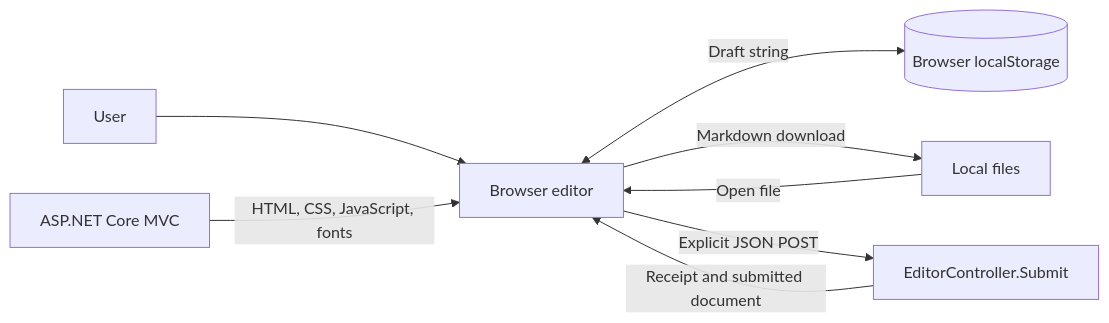
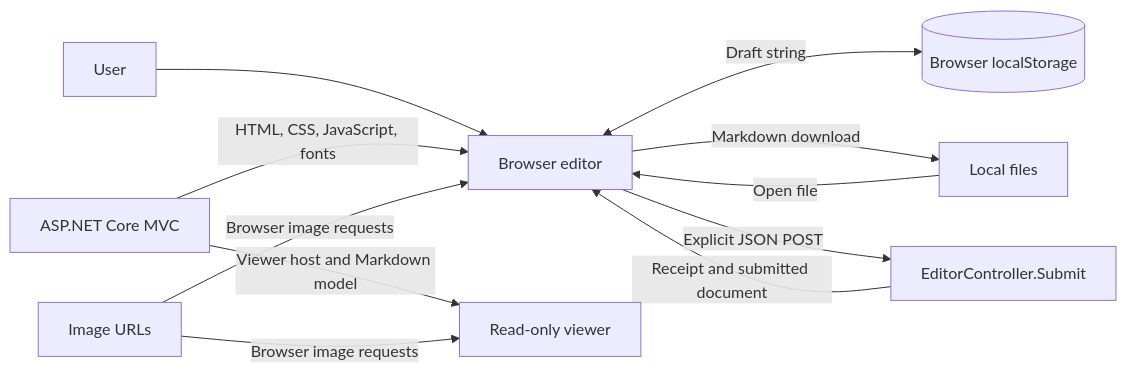
One commit to tirrellcotton/Markdown-Edtior changed the first of 10 diagrams in Documentation/architecture.md. Above: the diagram before and after it, drawn with Mermaid. The commit also changed other lines of this file and 2 other files, not shown here.

Commit message:
Update viewer and image architecture documentation

````diff
--- a/Documentation/architecture.md
+++ b/Documentation/architecture.md
@@ -40,10 +40,13 @@
 ```mermaid
 flowchart LR
   User[User] --> Editor[Browser editor]
   Server[ASP.NET Core MVC] -->|HTML, CSS, JavaScript, fonts| Editor
+  Server -->|Viewer host and Markdown model| Reader[Read-only viewer]
+  Images[Image URLs] -->|Browser image requests| Editor
+  Images -->|Browser image requests| Reader
   Editor <-->|Draft string| Storage[(Browser localStorage)]
   Files[Local files] -->|Open file| Editor
   Editor -->|Markdown download| Files
   Editor -->|Explicit JSON POST| Submit[EditorController.Submit]
   Submit -->|Receipt and submitted document| Editor
 ```
````
